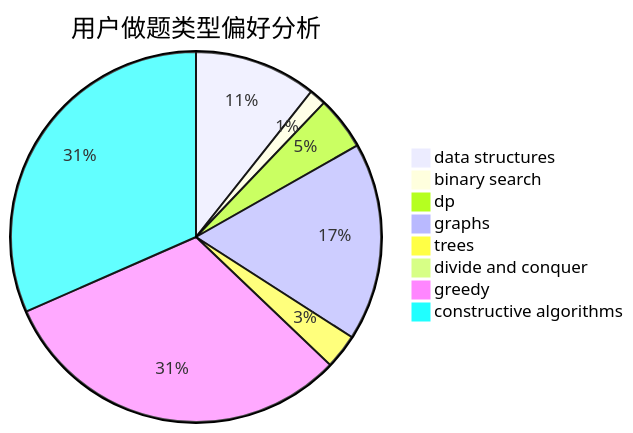
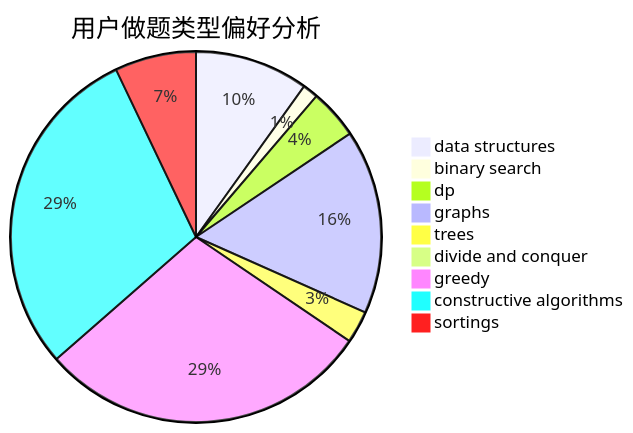
One commit to sherpahu/cfrs.github.io changed the second of 3 diagrams in docs/user/u926.md. Above: the diagram before and after it, drawn with Mermaid. The commit also changed other lines of this file and 2769 other files, not shown here.

````diff
--- a/docs/user/u926.md
+++ b/docs/user/u926.md
@@ -23,11 +18,12 @@
 ```mermaid
 pie title 用户做题类型偏好分析
     "data structures" :  183
     "binary search" :  25
     "dp" :  80
     "graphs" :  297
     "trees" :  52
     "divide and conquer" :  13
     "greedy" :  537
     "constructive algorithms" :  542
+    "sortings" :  131
 ```
````
